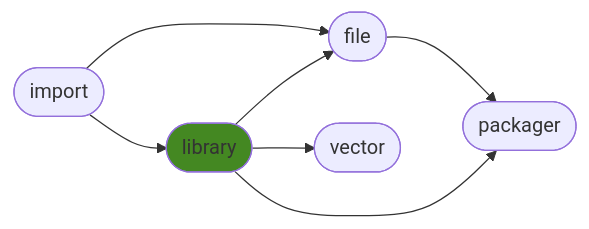
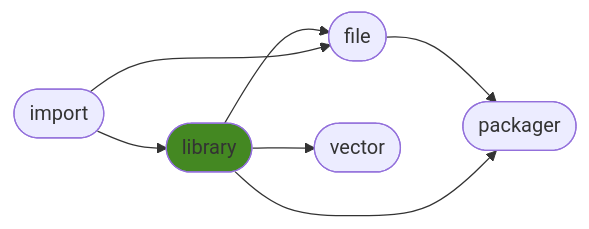
The diagram in README.md (ManderaGeneral/generallibrary), drawn with Mermaid before and after one commit. The commit also changed other lines of this file and 1 other file, not shown here.

````diff
--- a/README.md
+++ b/README.md
@@ -24,15 +24,15 @@
 ```mermaid
 flowchart LR
+1([library]) --> 3([vector])
+0([import]) --> 1([library])
+1([library]) --> 2([file])
+0([import]) --> 2([file])
 2([file]) --> 4([packager])
-1([library]) --> 2([file])
-1([library]) --> 3([vector])
 1([library]) --> 4([packager])
-0([import]) --> 2([file])
-0([import]) --> 1([library])
 click 0 "https://github.com/ManderaGeneral/generalimport"
 click 1 "https://github.com/ManderaGeneral/generallibrary"
 click 2 "https://github.com/ManderaGeneral/generalfile"
 click 3 "https://github.com/ManderaGeneral/generalvector"
 click 4 "https://github.com/ManderaGeneral/generalpackager"
 style 1 fill:#482
 ```
````
